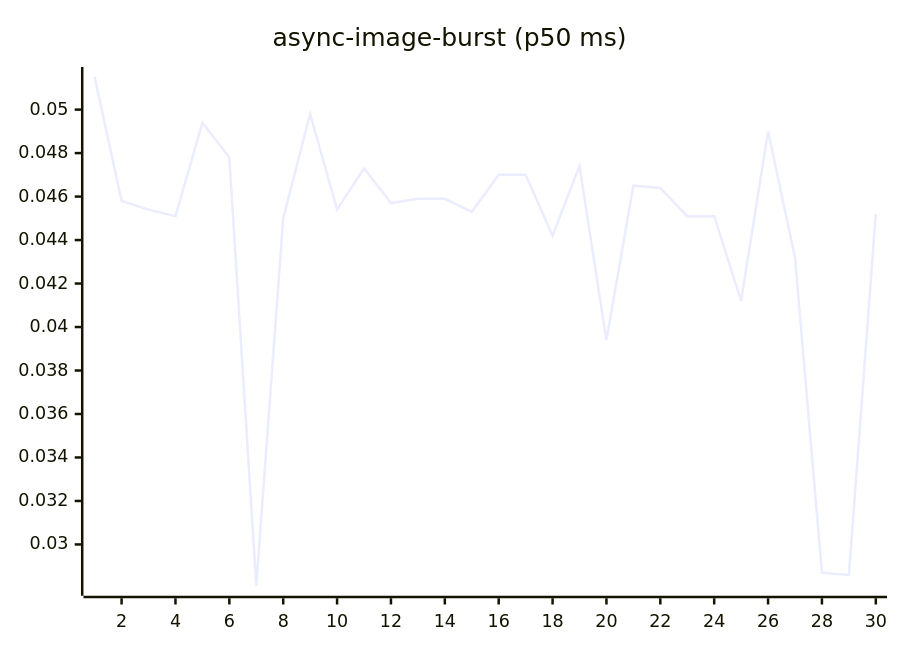
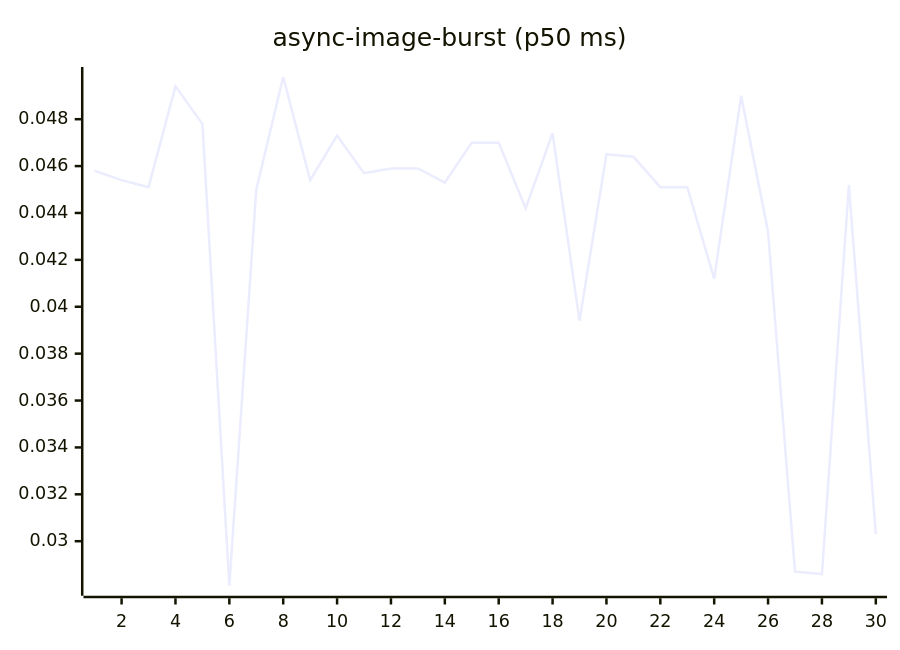
One commit to josha/Facet changed the fourth of 27 diagrams in README.md. Above: the diagram before and after it, drawn with Mermaid. The commit also changed other lines of this file and 2 other files, not shown here.

````diff
--- a/README.md
+++ b/README.md
@@ -84,6 +84,6 @@
 ```mermaid
 xychart-beta
     title "async-image-burst (p50 ms)"
     x-axis 1 --> 30
-    line [0.0515, 0.0458, 0.0454, 0.0451, 0.0494, 0.0478, 0.0281, 0.0450, 0.0498, 0.0454, 0.0473, 0.0457, 0.0459, 0.0459, 0.0453, 0.0470, 0.0470, 0.0442, 0.0474, 0.0394, 0.0465, 0.0464, 0.0451, 0.0451, 0.0412, 0.0490, 0.0432, 0.0287, 0.0286, 0.0452]
+    line [0.0458, 0.0454, 0.0451, 0.0494, 0.0478, 0.0281, 0.0450, 0.0498, 0.0454, 0.0473, 0.0457, 0.0459, 0.0459, 0.0453, 0.0470, 0.0470, 0.0442, 0.0474, 0.0394, 0.0465, 0.0464, 0.0451, 0.0451, 0.0412, 0.0490, 0.0432, 0.0287, 0.0286, 0.0452, 0.0303]
 ```
````
